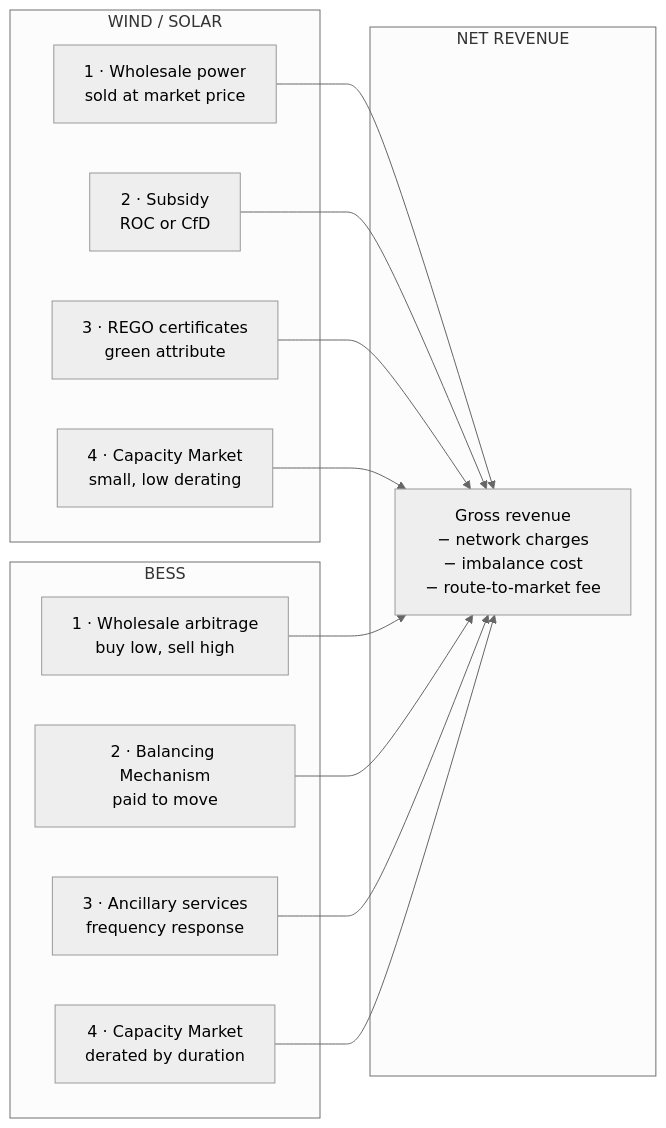
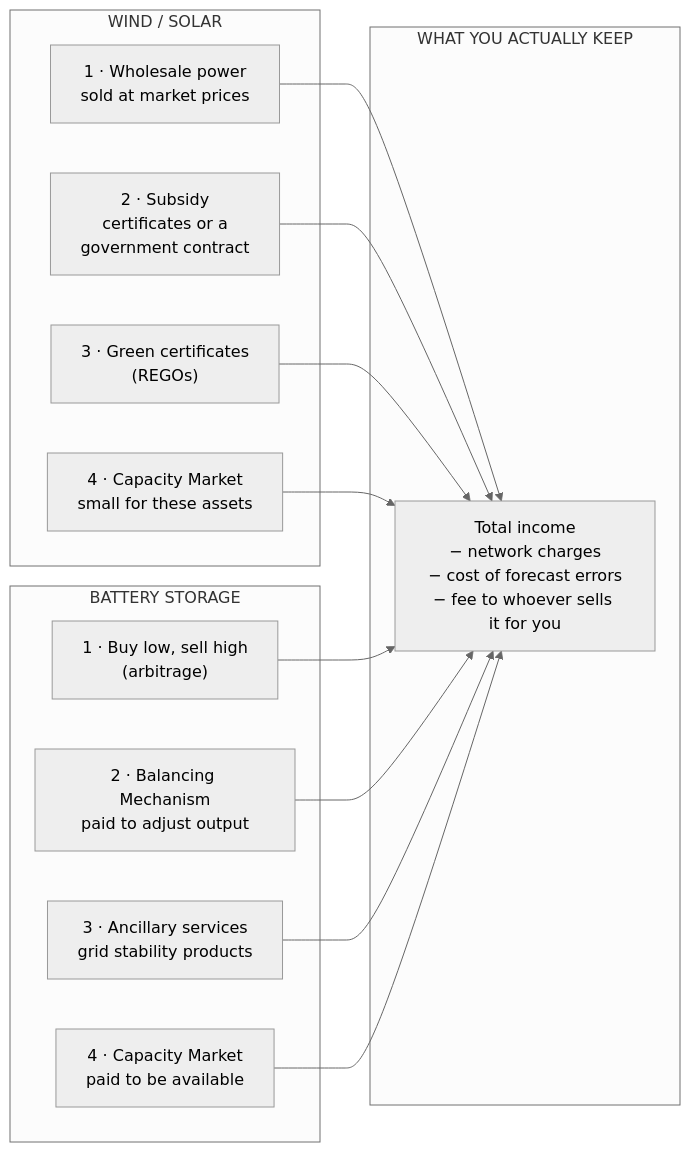
The first of 4 diagrams in curriculum/modules/D1-wind-solar-bess-revenue-stack.md (cwkcodes/lockbox), drawn with Mermaid (neutral theme) before and after one commit. The commit also changed other lines of this file and 2 other files, not shown here.

````diff
--- a/curriculum/modules/D1-wind-solar-bess-revenue-stack.md
+++ b/curriculum/modules/D1-wind-solar-bess-revenue-stack.md
@@ -29,20 +234,20 @@
 ```mermaid
 flowchart LR
   subgraph GEN["WIND / SOLAR"]
-    W1["1 · Wholesale power<br/>sold at market price"]
-    W2["2 · Subsidy<br/>ROC or CfD"]
-    W3["3 · REGO certificates<br/>green attribute"]
-    W4["4 · Capacity Market<br/>small, low derating"]
+    W1["1 · Wholesale power<br/>sold at market prices"]
+    W2["2 · Subsidy<br/>certificates or a<br/>government contract"]
+    W3["3 · Green certificates<br/>(REGOs)"]
+    W4["4 · Capacity Market<br/>small for these assets"]
   end
-  subgraph BAT["BESS"]
-    B1["1 · Wholesale arbitrage<br/>buy low, sell high"]
-    B2["2 · Balancing Mechanism<br/>paid to move"]
-    B3["3 · Ancillary services<br/>frequency response"]
-    B4["4 · Capacity Market<br/>derated by duration"]
+  subgraph BAT["BATTERY STORAGE"]
+    B1["1 · Buy low, sell high<br/>(arbitrage)"]
+    B2["2 · Balancing Mechanism<br/>paid to adjust output"]
+    B3["3 · Ancillary services<br/>grid stability products"]
+    B4["4 · Capacity Market<br/>paid to be available"]
   end
-  subgraph OUT["NET REVENUE"]
-    N["Gross revenue<br/>− network charges<br/>− imbalance cost<br/>− route-to-market fee"]
+  subgraph OUT["WHAT YOU ACTUALLY KEEP"]
+    N["Total income<br/>− network charges<br/>− cost of forecast errors<br/>− fee to whoever sells it for you"]
   end
   W1-->N; W2-->N; W3-->N; W4-->N
   B1-->N; B2-->N; B3-->N; B4-->N
 ```
````
